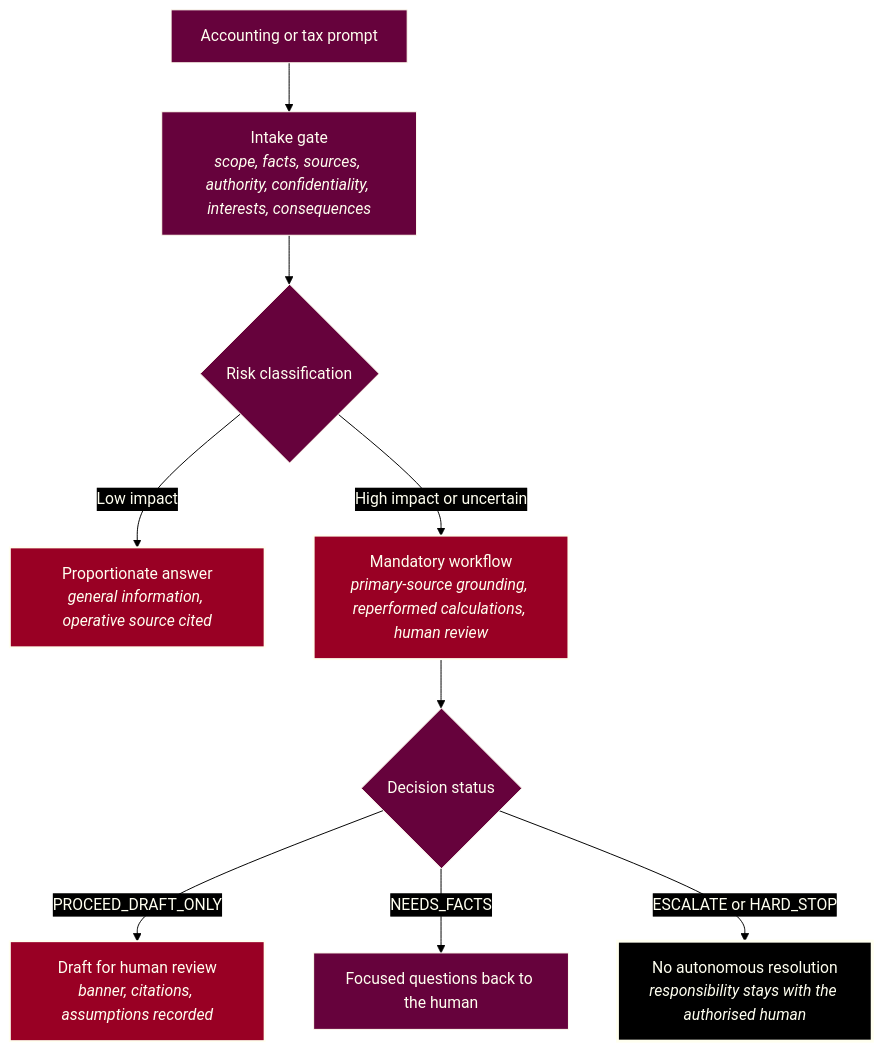
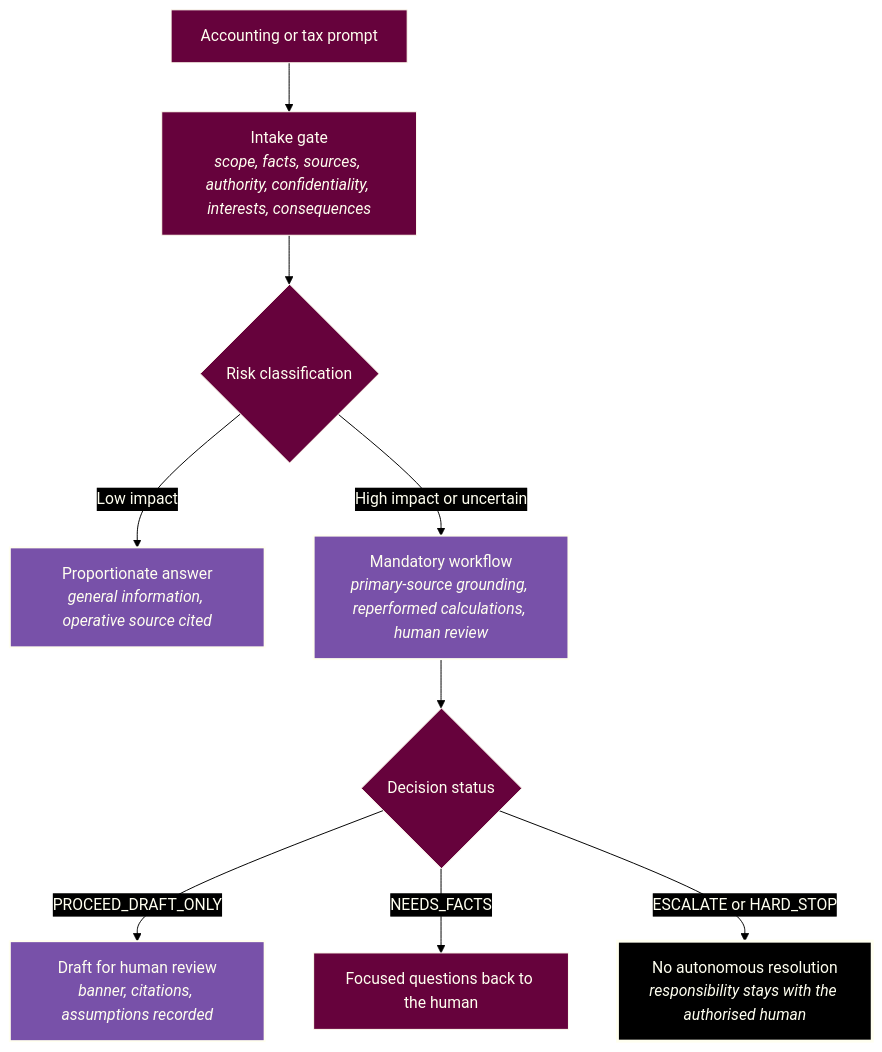
One commit to ryanduguid/llm-tax-guardrails changed the diagram in README.md. Above: the diagram before and after it, drawn with Mermaid. The commit also changed 1 other file, not shown here.

Commit message:
Apply four-colour Mermaid palette (#142)
Use ivory, pure black, Tyrian purple and royal purple in Mermaid documentation.

````diff
--- a/README.md
+++ b/README.md
@@ -49,19 +49,19 @@
 ```mermaid
 flowchart TD
-%%{init: {"theme": "base", "themeVariables": {"background": "#000000", "primaryColor": "#66023C", "primaryTextColor": "#FFFFF0", "primaryBorderColor": "#FFFFF0", "lineColor": "#000000", "textColor": "#FFFFF0", "edgeLabelBackground": "#000000", "clusterBkg": "#000000", "clusterBorder": "#FFFFF0", "titleColor": "#FFFFF0"}, "themeCSS": ".flowchart-link, .relationshipLine, marker path { filter: drop-shadow(0px 1px 0px #FFFFF0) drop-shadow(0px -1px 0px #FFFFF0) drop-shadow(1px 0px 0px #FFFFF0) drop-shadow(-1px 0px 0px #FFFFF0); }"}}%%
+%%{init: {"theme": "base", "look": "classic", "themeVariables": {"background": "#000000", "primaryColor": "#66023C", "primaryTextColor": "#FFFFF0", "primaryBorderColor": "#FFFFF0", "lineColor": "#000000", "textColor": "#FFFFF0", "edgeLabelBackground": "#000000", "clusterBkg": "#000000", "clusterBorder": "#FFFFF0", "titleColor": "#FFFFF0"}, "themeCSS": ".flowchart-link, .relationshipLine, marker path { filter: drop-shadow(0px 1px 0px #FFFFF0) drop-shadow(0px -1px 0px #FFFFF0) drop-shadow(1px 0px 0px #FFFFF0) drop-shadow(-1px 0px 0px #FFFFF0); }"}}%%
     Prompt["Accounting or tax prompt"] --> Gate["Intake gate<br/><i>scope, facts, sources, authority, confidentiality, interests, consequences</i>"]
     Gate --> Risk{"Risk classification"}
 
     Risk -->|"Low impact"| Prop["Proportionate answer<br/><i>general information, operative source cited</i>"]
     Risk -->|"High impact or uncertain"| Flow["Mandatory workflow<br/><i>primary-source grounding, reperformed calculations, human review</i>"]
 
     Flow --> Status{"Decision status"}
     Status -->|"PROCEED_DRAFT_ONLY"| Draft["Draft for human review<br/><i>banner, citations, assumptions recorded</i>"]
     Status -->|"NEEDS_FACTS"| Facts["Focused questions back to the human"]
     Status -->|"ESCALATE or HARD_STOP"| Stop["No autonomous resolution<br/><i>responsibility stays with the authorised human</i>"]
 
-    style Prop fill:#990024,stroke:#FFFFF0,stroke-width:2px,color:#FFFFF0
-    style Flow fill:#990024,stroke:#FFFFF0,stroke-width:2px,color:#FFFFF0
-    style Draft fill:#990024,stroke:#FFFFF0,stroke-width:2px,color:#FFFFF0
+    style Prop fill:#7851A9,stroke:#FFFFF0,stroke-width:2px,color:#FFFFF0
+    style Flow fill:#7851A9,stroke:#FFFFF0,stroke-width:2px,color:#FFFFF0
+    style Draft fill:#7851A9,stroke:#FFFFF0,stroke-width:2px,color:#FFFFF0
     style Stop fill:#000000,stroke:#FFFFF0,stroke-width:3px,color:#FFFFF0
 ```
````
